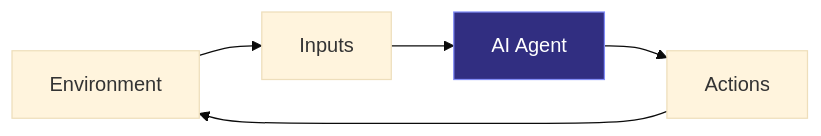
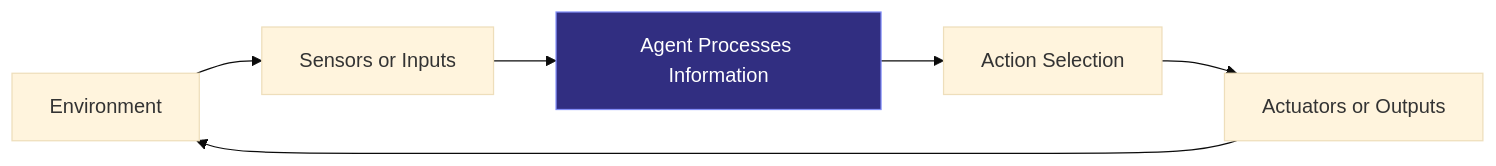
The fifth of 6 diagrams in content/01_introduction-to-ai.md (NicolausLionel/SLN), drawn with Mermaid (base theme) before and after one commit. The commit also changed other lines of this file, not shown here.

````diff
--- a/content/01_introduction-to-ai.md
+++ b/content/01_introduction-to-ai.md
@@ -203,9 +626,10 @@
 ```mermaid
 flowchart LR
-    A["Environment"] --> B["Inputs"]
-    B --> C["AI Agent"]
-    C --> D["Actions"]
-    D --> A
+    A["Environment"] --> B["Sensors or Inputs"]
+    B --> C["Agent Processes Information"]
+    C --> D["Action Selection"]
+    D --> E["Actuators or Outputs"]
+    E --> A
 
     style C fill:#312e81,color:#ffffff,stroke:#818cf8
 ```
````
